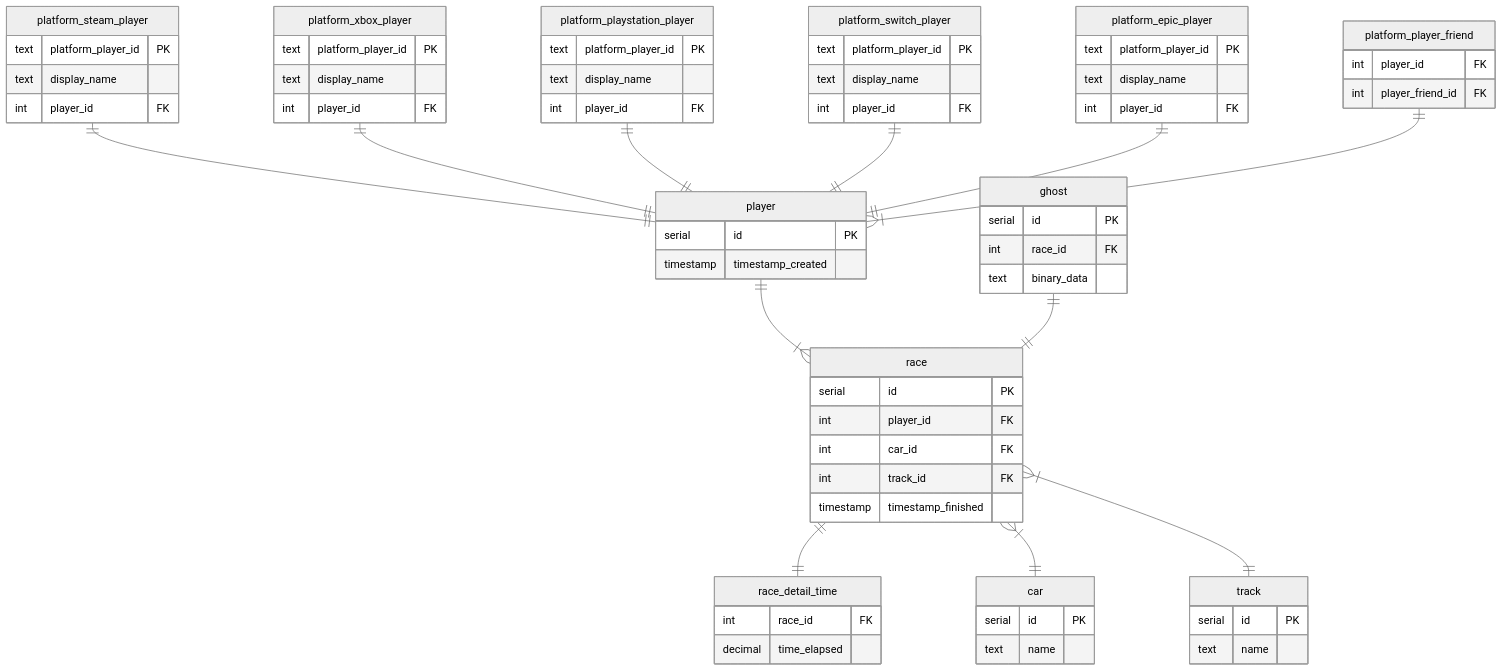
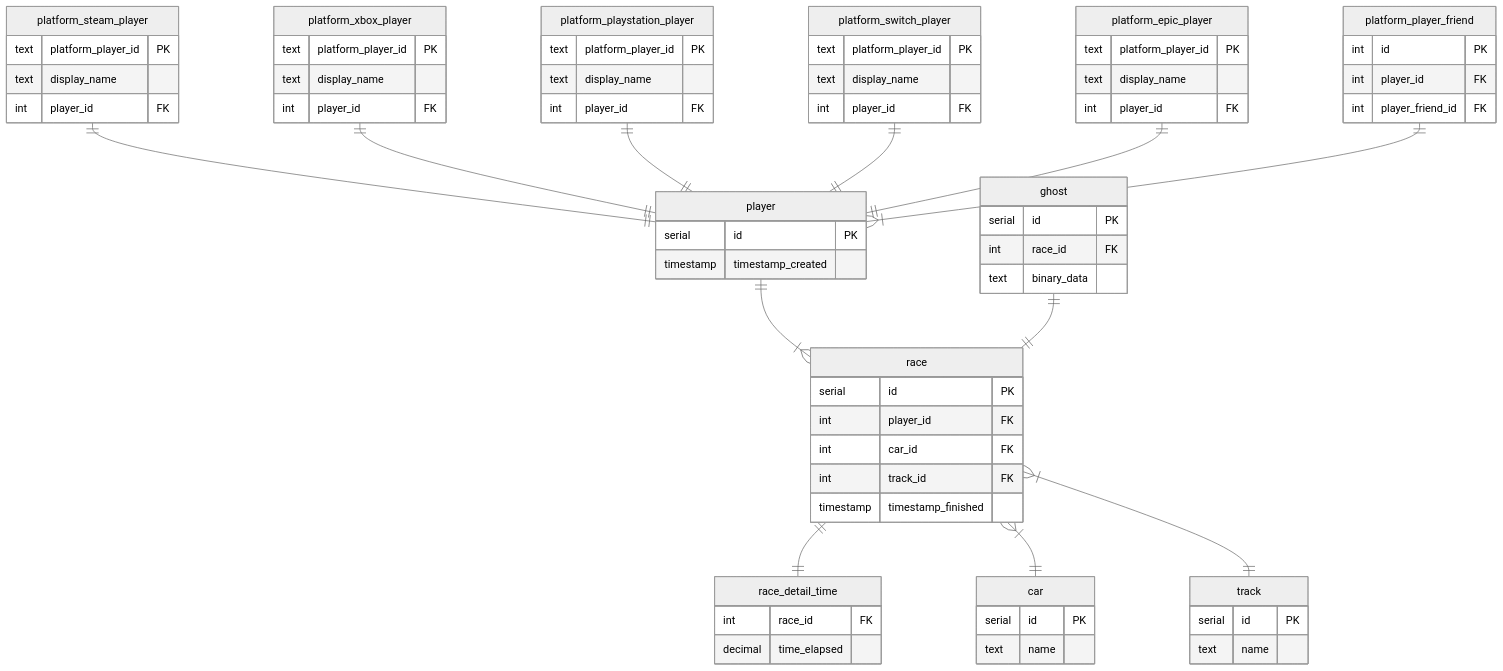
Before and after one commit to rick-0/MegaLeaderboard: the second of 2 diagrams in README.md, drawn with Mermaid.

````diff
--- a/README.md
+++ b/README.md
@@ -74,73 +74,74 @@
 ``` mermaid
 %%{init: {'theme':'neutral'}}%%
 erDiagram
     platform_steam_player ||--|| player : ""
     platform_xbox_player ||--|| player : ""
     platform_playstation_player ||--|| player : ""
     platform_switch_player ||--|| player : ""
     platform_epic_player ||--|| player : ""
     platform_player_friend ||--|{ player : ""
     player ||--|{ race : ""
     ghost ||--|| race : ""
     race ||--|| race_detail_time : ""
     race }|--|| car : ""
     race }|--|| track : ""
 
     player {
         serial id PK
 	timestamp timestamp_created
     }
     platform_player_friend {
-        int player_id FK
+        int id PK
+	int player_id FK
         int player_friend_id FK
     }
     platform_steam_player {
         text platform_player_id PK
         text display_name
 	    int player_id FK
     }
     platform_xbox_player {
         text platform_player_id PK
         text display_name
 	    int player_id FK
     }
     platform_playstation_player {
         text platform_player_id PK
         text display_name
 	    int player_id FK
     }
     platform_switch_player {
         text platform_player_id PK
         text display_name
 	    int player_id FK
     }
     platform_epic_player {
         text platform_player_id PK
         text display_name
 	    int player_id FK
     }
     race {
         serial id PK
         int player_id FK
         int car_id FK
         int track_id FK
         timestamp timestamp_finished
     }
     race_detail_time {
         int race_id FK
         decimal time_elapsed
     }
     ghost {
         serial id PK
         int race_id FK
         text binary_data
     }
     car {
         serial id PK
         text name
     }
     track {
         serial id PK
         text name
     }
 ```
````
